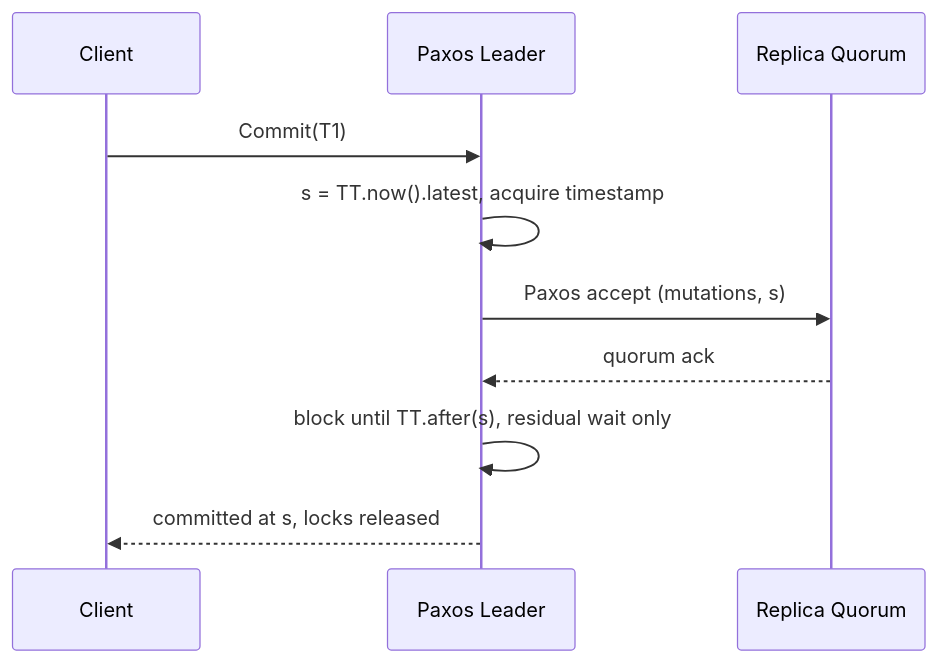
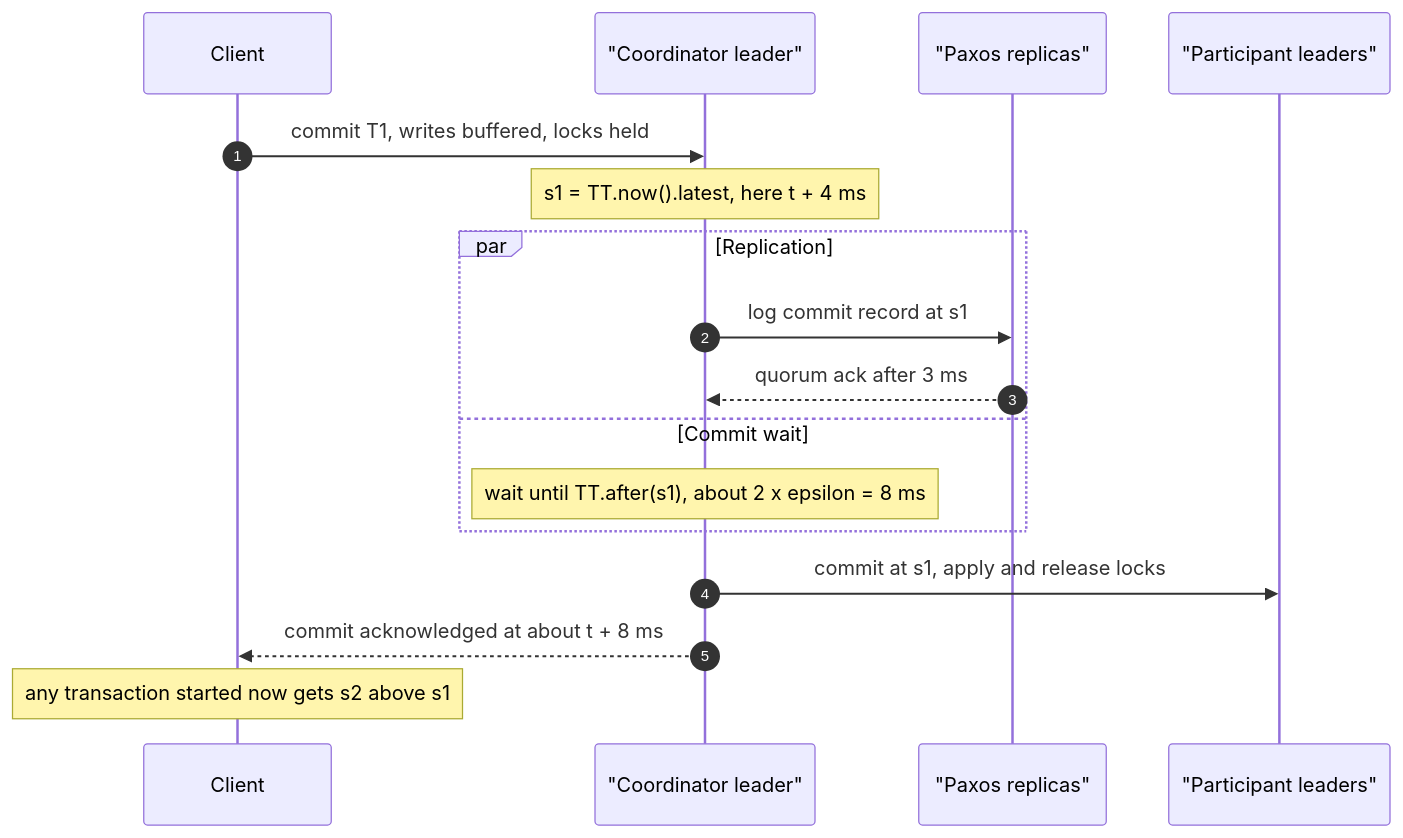
Before and after one commit to gorkemsari/distributed-systems: the third of 6 diagrams in src/content/docs/en/foundations/time-and-ordering/truetime-spanner.mdx, drawn with Mermaid. The commit also changed other lines of this file and 3 other files, not shown here.

````diff
--- a/src/content/docs/en/foundations/time-and-ordering/truetime-spanner.mdx
+++ b/src/content/docs/en/foundations/time-and-ordering/truetime-spanner.mdx
@@ -44,12 +53,19 @@
 ```mermaid
 sequenceDiagram
+    autonumber
     participant C as Client
-    participant L as Paxos Leader
-    participant R as Replica Quorum
-    C->>L: Commit(T1)
-    L->>L: s = TT.now().latest, acquire timestamp
-    L->>R: Paxos accept (mutations, s)
-    R-->>L: quorum ack
-    L->>L: block until TT.after(s), residual wait only
-    L-->>C: committed at s, locks released
+    participant L as "Coordinator leader"
+    participant R as "Paxos replicas"
+    participant P as "Participant leaders"
+    C->>L: commit T1, writes buffered, locks held
+    Note over L: s1 = TT.now().latest, here t + 4 ms
+    par Replication
+        L->>R: log commit record at s1
+        R-->>L: quorum ack after 3 ms
+    and Commit wait
+        Note over L: wait until TT.after(s1), about 2 x epsilon = 8 ms
+    end
+    L->>P: commit at s1, apply and release locks
+    L-->>C: commit acknowledged at about t + 8 ms
+    Note over C: any transaction started now gets s2 above s1
 ```
````
